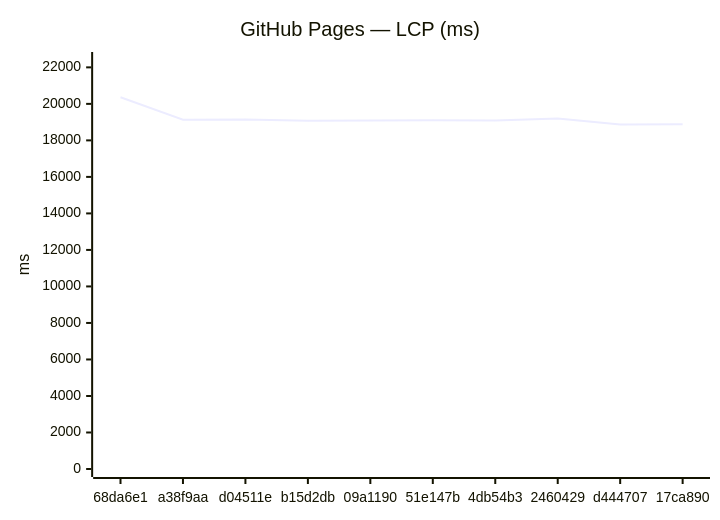
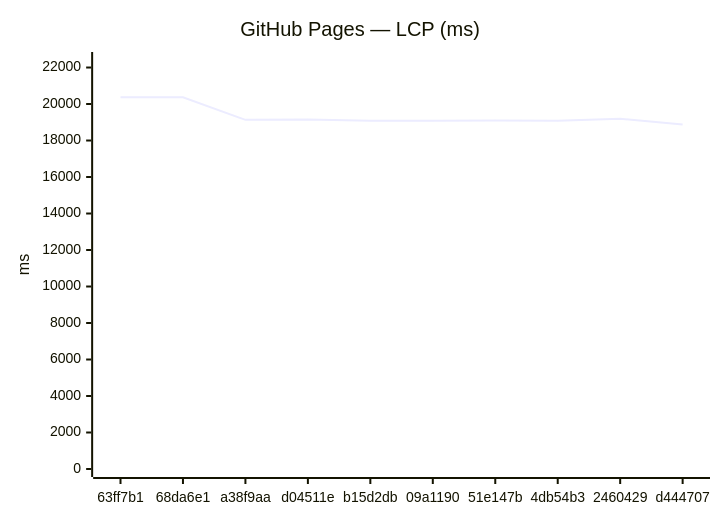
One commit to Metaheurist/Rianell changed the third of 18 diagrams in benchmarks/compare.md. Above: the diagram before and after it, drawn with Mermaid. The commit also changed other lines of this file and 11 other files, not shown here.

````diff
--- a/benchmarks/compare.md
+++ b/benchmarks/compare.md
@@ -54,7 +54,7 @@
 ```mermaid
 xychart-beta
     title "GitHub Pages — LCP (ms)"
-    x-axis ["68da6e1", "a38f9aa", "d04511e", "b15d2db", "09a1190", "51e147b", "4db54b3", "2460429", "d444707", "17ca890"]
-    y-axis "ms" 0 --> 22403
-    line [20366, 19133, 19145, 19077, 19086, 19101, 19086, 19199, 18871, 18888]
+    x-axis ["63ff7b1", "68da6e1", "a38f9aa", "d04511e", "b15d2db", "09a1190", "51e147b", "4db54b3", "2460429", "d444707"]
+    y-axis "ms" 0 --> 22412
+    line [20374, 20366, 19133, 19145, 19077, 19086, 19101, 19086, 19199, 18871]
 ```
````
